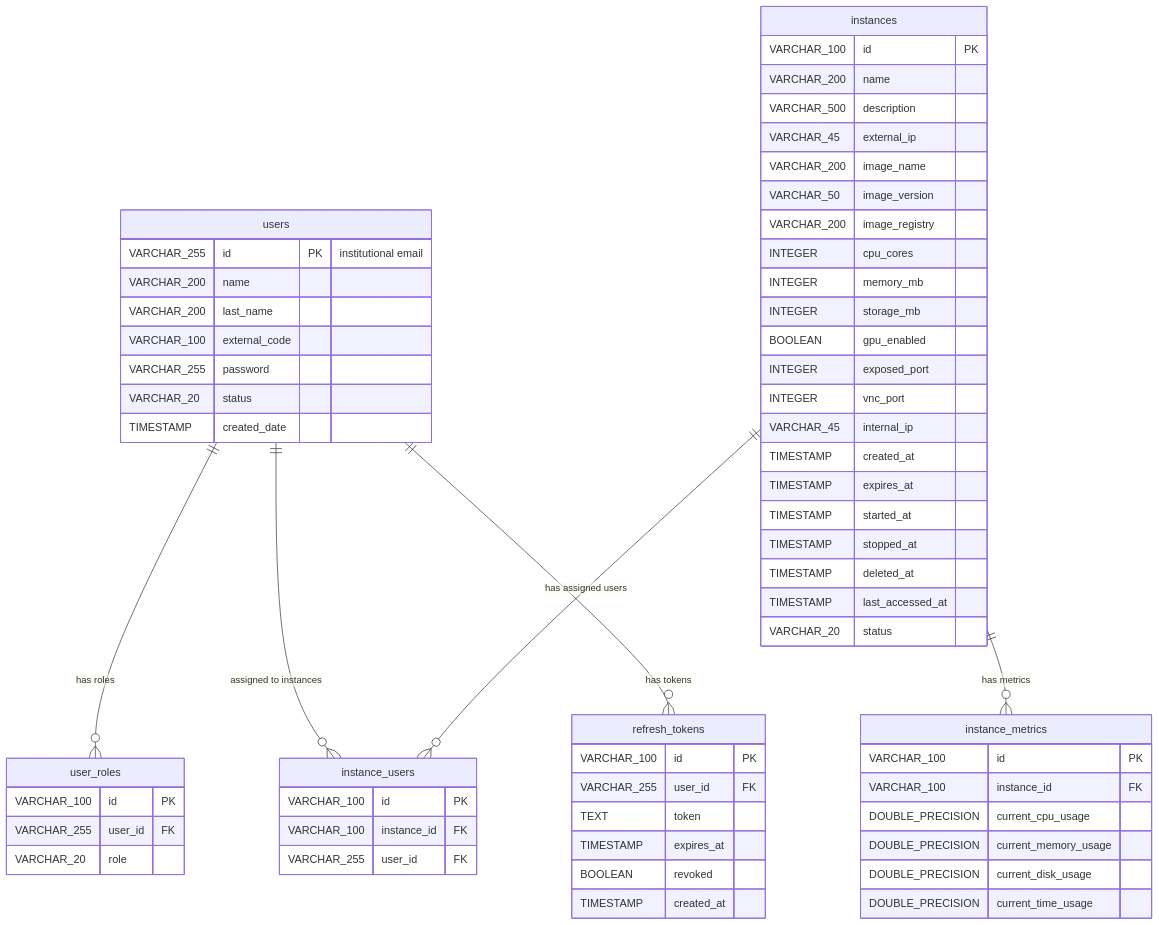
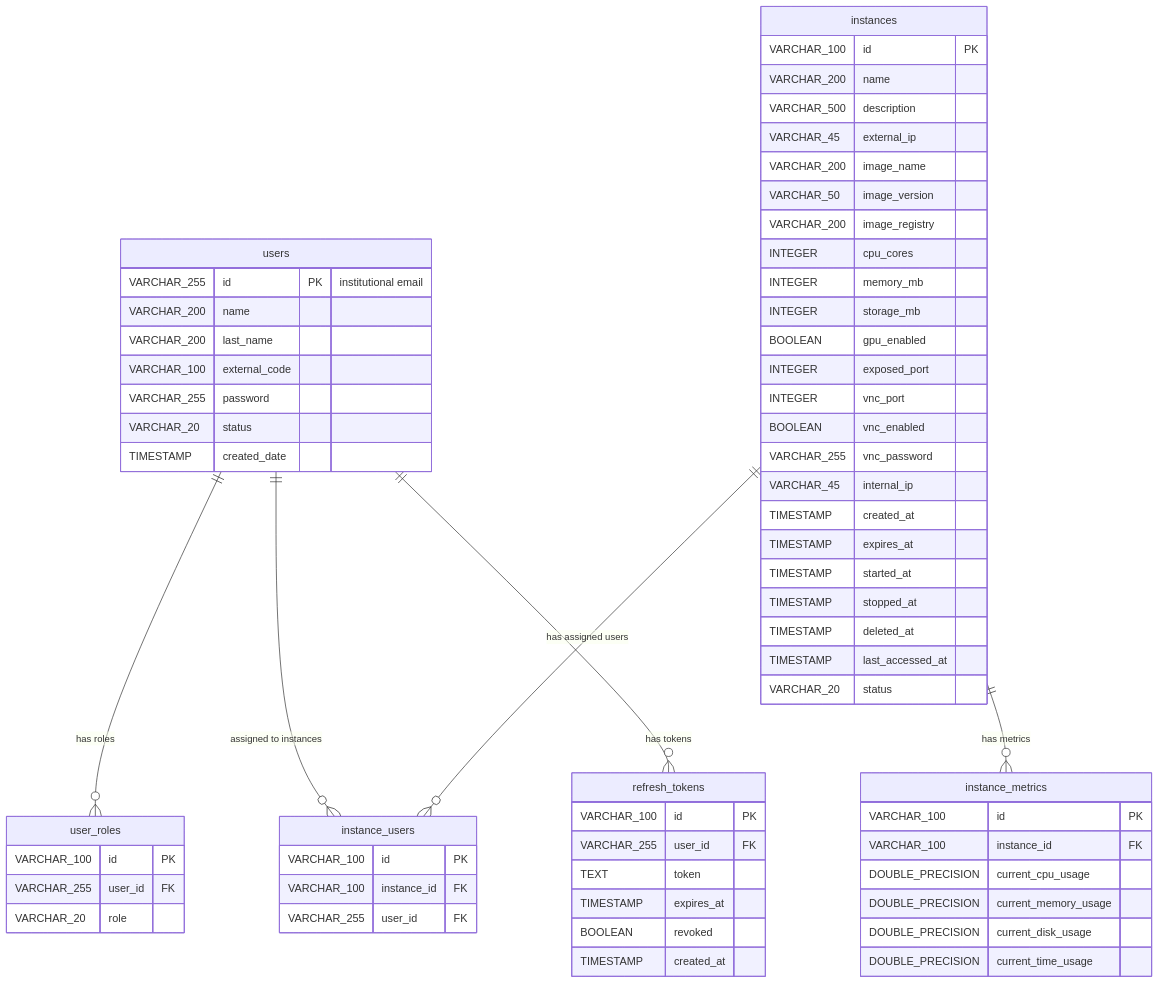
The diagram in architecture/DATABASE.md (Univalle-Gadim-Lab/virtual-lab-platform), drawn with Mermaid before and after one commit. The commit also changed other lines of this file and 4 other files, not shown here.

First line of the commit message:
docs(architecture): add Entorno Virtual document and update VNC/DATABASE docs for password auth

````diff
--- a/architecture/DATABASE.md
+++ b/architecture/DATABASE.md
@@ -9,72 +9,74 @@
 ```mermaid
 erDiagram
     users {
         VARCHAR_255 id PK "institutional email"
         VARCHAR_200 name
         VARCHAR_200 last_name
         VARCHAR_100 external_code
         VARCHAR_255 password
         VARCHAR_20 status
         TIMESTAMP created_date
     }
 
     user_roles {
         VARCHAR_100 id PK
         VARCHAR_255 user_id FK
         VARCHAR_20 role
     }
 
     instances {
         VARCHAR_100 id PK
         VARCHAR_200 name
         VARCHAR_500 description
         VARCHAR_45 external_ip
         VARCHAR_200 image_name
         VARCHAR_50 image_version
         VARCHAR_200 image_registry
         INTEGER cpu_cores
         INTEGER memory_mb
         INTEGER storage_mb
         BOOLEAN gpu_enabled
         INTEGER exposed_port
         INTEGER vnc_port
+        BOOLEAN vnc_enabled
+        VARCHAR_255 vnc_password
         VARCHAR_45 internal_ip
         TIMESTAMP created_at
         TIMESTAMP expires_at
         TIMESTAMP started_at
         TIMESTAMP stopped_at
         TIMESTAMP deleted_at
         TIMESTAMP last_accessed_at
         VARCHAR_20 status
     }
 
     instance_metrics {
         VARCHAR_100 id PK
         VARCHAR_100 instance_id FK
         DOUBLE_PRECISION current_cpu_usage
         DOUBLE_PRECISION current_memory_usage
         DOUBLE_PRECISION current_disk_usage
         DOUBLE_PRECISION current_time_usage
     }
 
     instance_users {
         VARCHAR_100 id PK
         VARCHAR_100 instance_id FK
         VARCHAR_255 user_id FK
     }
 
     refresh_tokens {
         VARCHAR_100 id PK
         VARCHAR_255 user_id FK
         TEXT token
         TIMESTAMP expires_at
         BOOLEAN revoked
         TIMESTAMP created_at
     }
 
     users ||--o{ user_roles : "has roles"
     users ||--o{ instance_users : "assigned to instances"
     users ||--o{ refresh_tokens : "has tokens"
     instances ||--o{ instance_users : "has assigned users"
     instances ||--o{ instance_metrics : "has metrics"
 ```
````
